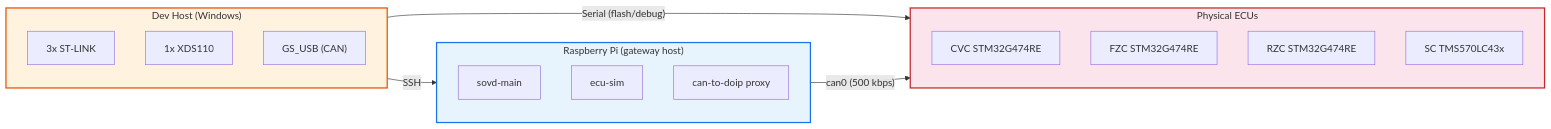
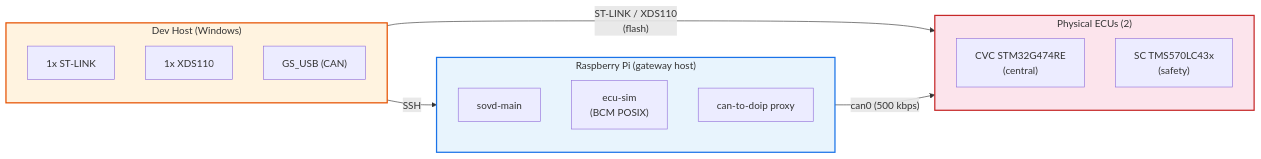
One commit to nhuvaoanh123/taktflow-opensovd changed diagram 14 of 15 in docs/SYSTEM-SPECIFICATION.md. Above: the diagram before and after it, drawn with Mermaid. The commit also changed other lines of this file and 7 other files, not shown here.

````diff
--- a/docs/SYSTEM-SPECIFICATION.md
+++ b/docs/SYSTEM-SPECIFICATION.md
@@ -611,29 +626,27 @@
 ```mermaid
 graph LR
     subgraph DEV ["Dev Host (Windows)"]
-        STL["3x ST-LINK"]
+        STL["1x ST-LINK"]
         XDS["1x XDS110"]
         GS["GS_USB (CAN)"]
     end
 
     subgraph PI ["Raspberry Pi (gateway host)"]
         SM["sovd-main"]
-        SIM["ecu-sim"]
+        SIM["ecu-sim<br/>(BCM POSIX)"]
         PX["can-to-doip proxy"]
     end
 
-    subgraph HW ["Physical ECUs"]
-        CVC["CVC STM32G474RE"]
-        FZC["FZC STM32G474RE"]
-        RZC["RZC STM32G474RE"]
-        SC["SC TMS570LC43x"]
+    subgraph HW ["Physical ECUs (2)"]
+        CVC["CVC STM32G474RE<br/>(central)"]
+        SC["SC TMS570LC43x<br/>(safety)"]
     end
 
     DEV -->|"SSH"| PI
-    DEV -->|"Serial (flash/debug)"| HW
+    DEV -->|"ST-LINK / XDS110<br/>(flash)"| HW
     PI -->|"can0 (500 kbps)"| HW
 
     style DEV fill:#fff3e0,stroke:#e65100,stroke-width:2px
     style PI fill:#e8f4fd,stroke:#1a73e8,stroke-width:2px
     style HW fill:#fce4ec,stroke:#c62828,stroke-width:2px
 ```
````
